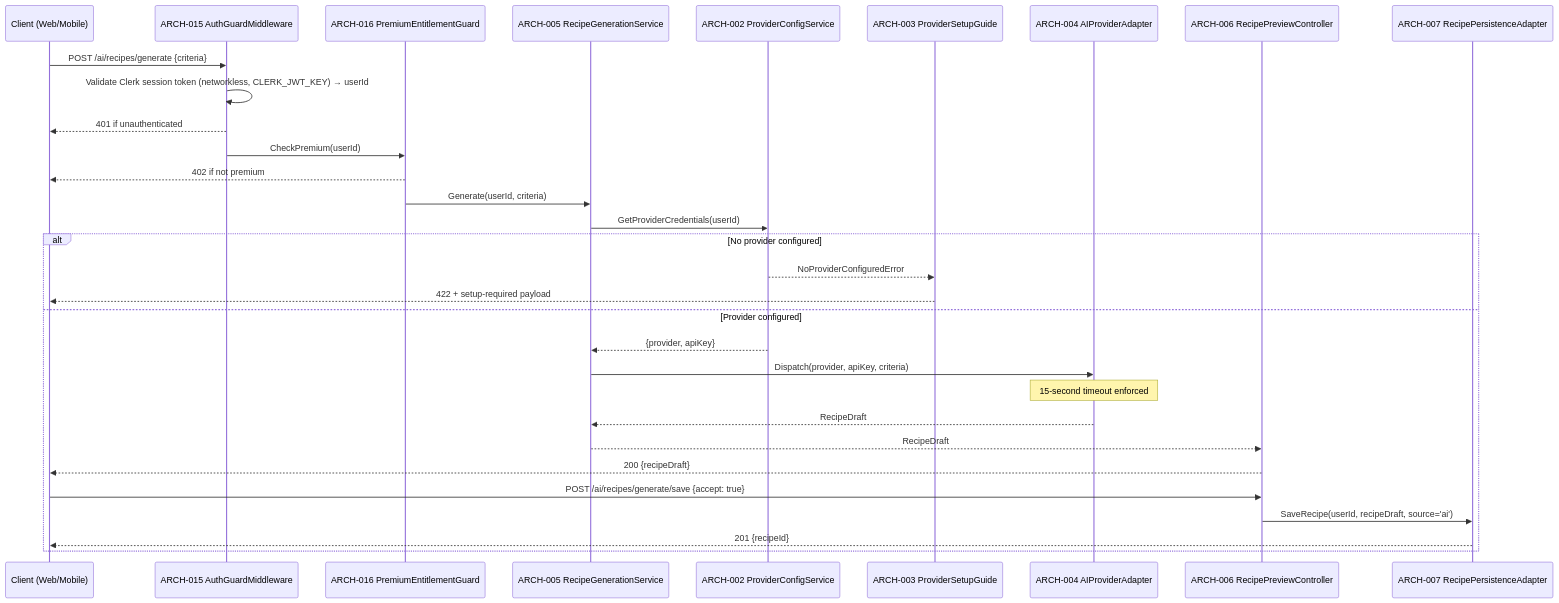
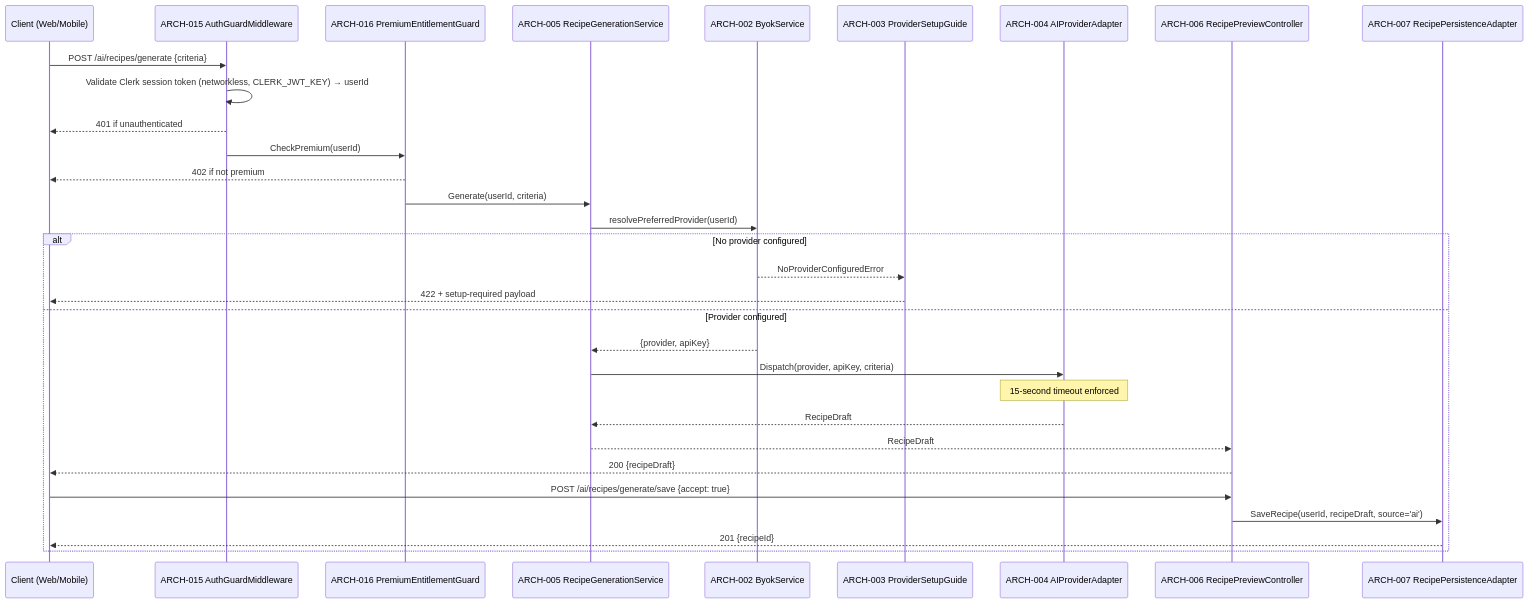
Before and after one commit to radicle-co/KitchenSink: the first of 3 diagrams in specs/005-ai-integration/v-model/architecture-design.md, drawn with Mermaid. The commit also changed other lines of this file and 20 other files, not shown here.

````diff
--- a/specs/005-ai-integration/v-model/architecture-design.md
+++ b/specs/005-ai-integration/v-model/architecture-design.md
@@ -46,34 +46,34 @@
 ```mermaid
 sequenceDiagram
     participant Client as Client (Web/Mobile)
     participant Guard as ARCH-015 AuthGuardMiddleware
     participant Premium as ARCH-016 PremiumEntitlementGuard
     participant GenSvc as ARCH-005 RecipeGenerationService
-    participant CfgSvc as ARCH-002 ProviderConfigService
+    participant CfgSvc as ARCH-002 ByokService
     participant Setup as ARCH-003 ProviderSetupGuide
     participant Adapter as ARCH-004 AIProviderAdapter
     participant Preview as ARCH-006 RecipePreviewController
     participant Persist as ARCH-007 RecipePersistenceAdapter
 
     Client->>Guard: POST /ai/recipes/generate {criteria}
     Guard->>Guard: Validate Clerk session token (networkless, CLERK_JWT_KEY) → userId
     Guard-->>Client: 401 if unauthenticated
     Guard->>Premium: CheckPremium(userId)
     Premium-->>Client: 402 if not premium
     Premium->>GenSvc: Generate(userId, criteria)
-    GenSvc->>CfgSvc: GetProviderCredentials(userId)
+    GenSvc->>CfgSvc: resolvePreferredProvider(userId)
     alt No provider configured
         CfgSvc-->>Setup: NoProviderConfiguredError
         Setup-->>Client: 422 + setup-required payload
     else Provider configured
         CfgSvc-->>GenSvc: {provider, apiKey}
         GenSvc->>Adapter: Dispatch(provider, apiKey, criteria)
         Note over Adapter: 15-second timeout enforced
         Adapter-->>GenSvc: RecipeDraft
         GenSvc-->>Preview: RecipeDraft
         Preview-->>Client: 200 {recipeDraft}
         Client->>Preview: POST /ai/recipes/generate/save {accept: true}
         Preview->>Persist: SaveRecipe(userId, recipeDraft, source='ai')
         Persist-->>Client: 201 {recipeId}
     end
 ```
````
